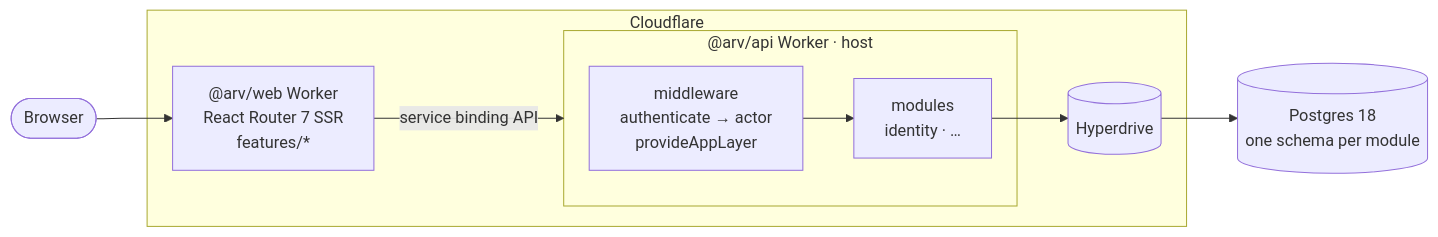
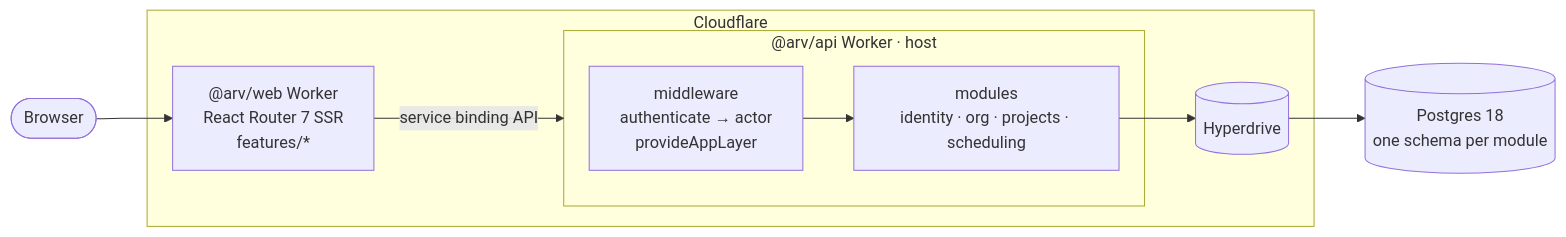
Before and after one commit to Arvest-Digital/arv-intranet: the first of 5 diagrams in ARCHITECTURE.md, drawn with Mermaid. The commit also changed other lines of this file and 40 other files, not shown here.

First line of the commit message:
feat(scheduling): scaffold scheduling, projects and org modules

````diff
--- a/ARCHITECTURE.md
+++ b/ARCHITECTURE.md
@@ -26,16 +26,16 @@
 ```mermaid
 flowchart LR
   browser([Browser]) --> web
   subgraph cf["Cloudflare"]
     web["@arv/web Worker<br/>React Router 7 SSR<br/>features/*"]
     subgraph api["@arv/api Worker · host"]
       host["middleware<br/>authenticate → actor<br/>provideAppLayer"]
-      mods["modules<br/>identity · …"]
+      mods["modules<br/>identity · org · projects · scheduling"]
       host --> mods
     end
     hd[("Hyperdrive")]
   end
   pg[("Postgres 18<br/>one schema per module")]
   web -- "service binding API" --> api
   mods --> hd --> pg
 ```
````
